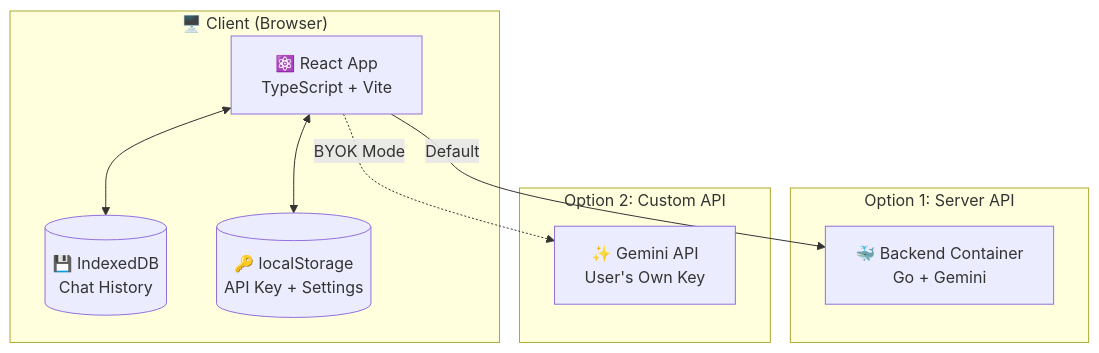
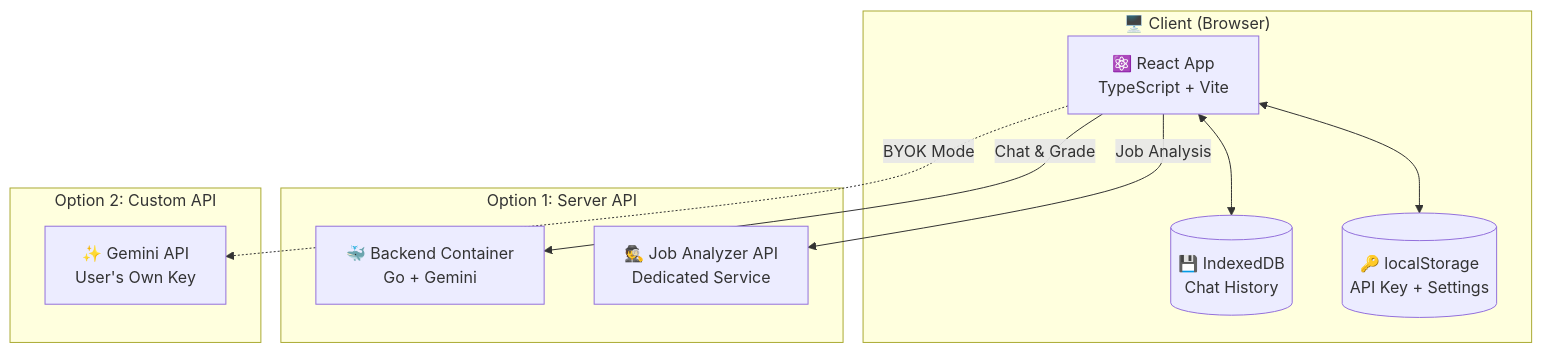
One commit to Xeze-org/Anie-Ai changed the first of 4 diagrams in readme.md. Above: the diagram before and after it, drawn with Mermaid. The commit also changed other lines of this file and 23 other files, not shown here.

Commit message:
website added - job document analyzer

````diff
--- a/readme.md
+++ b/readme.md
@@ -94,21 +102,23 @@
 ```mermaid
 flowchart TB
     subgraph Client["🖥️ Client (Browser)"]
         UI["⚛️ React App<br/>TypeScript + Vite"]
         IDB[("💾 IndexedDB<br/>Chat History")]
         LS[("🔑 localStorage<br/>API Key + Settings")]
         UI <--> IDB
         UI <--> LS
     end
     
     subgraph Mode1["Option 1: Server API"]
         BE["🐳 Backend Container<br/>Go + Gemini"]
+        JA["🕵️ Job Analyzer API<br/>Dedicated Service"]
     end
     
     subgraph Mode2["Option 2: Custom API"]
         DirectAPI["✨ Gemini API<br/>User's Own Key"]
     end
     
-    UI -->|"Default"| BE
+    UI -->|"Chat & Grade"| BE
+    UI -->|"Job Analysis"| JA
     UI -.->|"BYOK Mode"| DirectAPI
 ```
````
